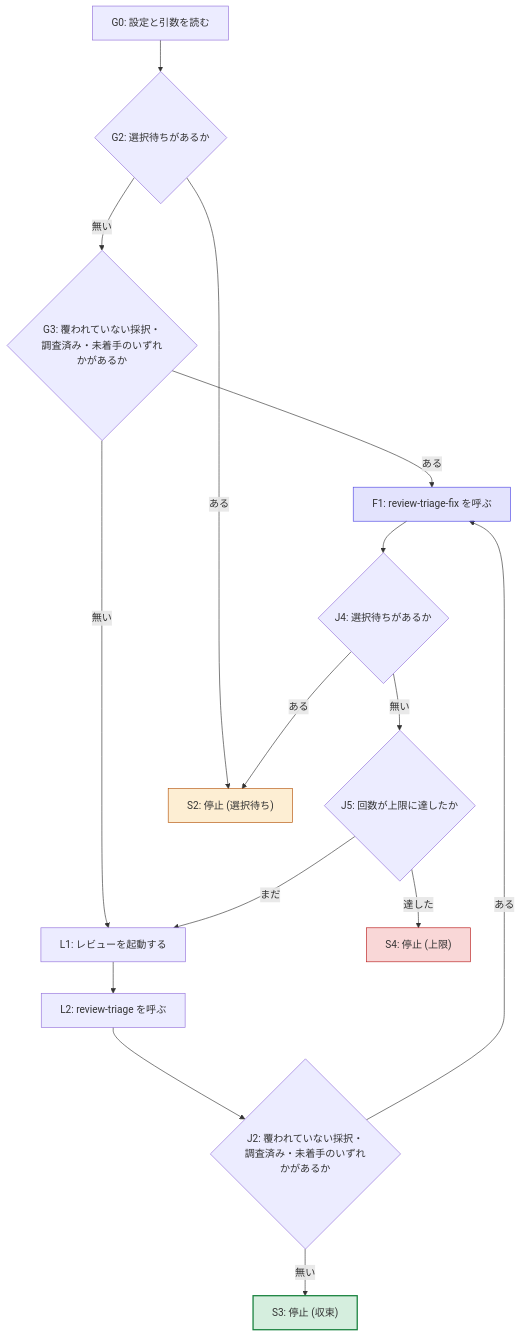
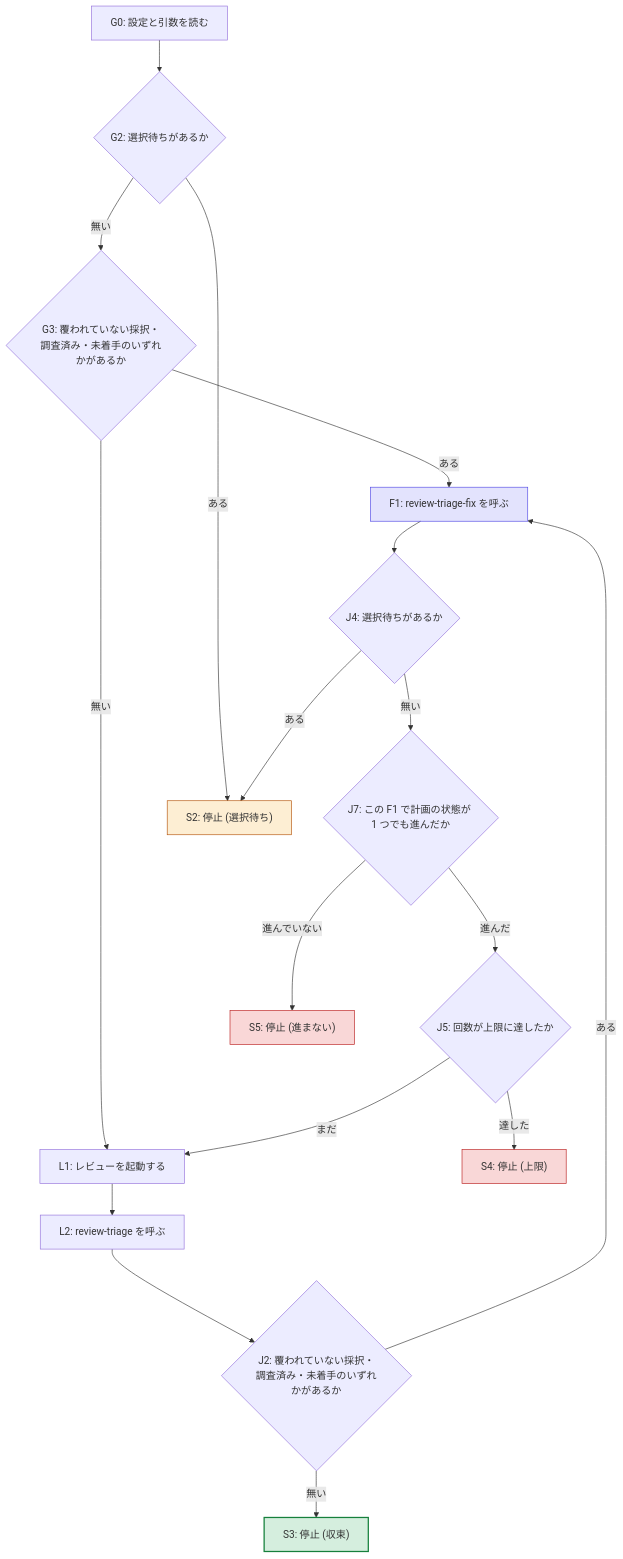
One commit to akm/claude-plugins changed the diagram in review-triage/skills/review-triage-loop/references/loop-flow.md. Above: the diagram before and after it, drawn with Mermaid. The commit also changed other lines of this file and 2 other files, not shown here.

Commit message:
✨ feat(review-triage-loop): 計画の状態が 1 つも進まない回で周回を止める
計画の未決事項のうち「段 3 が直せずに未着手のまま残った問題で、周回が
レビューと修正を上限まで繰り返すことを止めるか」を、止める側で決めた。
同じ記録から同じ呼び出しを繰り返しても、進まなかった理由 (段 3 が直せない・
関門が通らない) は周回の側では変わらず、上限まで費用と時間だけが増えるため。

状態機械に判定 J7 (この F1 で計画の状態が 1 つでも進んだか) と停止 S5
(進まない) を足した。J7 は F1 の前後の記録を比べて判定し、review-triage-fix
の報告の文面では判定しない。S5 の報告には、進まなかった問題と
review-triage-fix が報告した理由を出し、勝手に再開しないことを定めた。

Rules-Checked: yes

````diff
--- a/review-triage/skills/review-triage-loop/references/loop-flow.md
+++ b/review-triage/skills/review-triage-loop/references/loop-flow.md
@@ -19,35 +20,40 @@
 ```mermaid
 flowchart TD
   G0["G0: 設定と引数を読む"]
   G2{"G2: 選択待ちがあるか"}
   G3{"G3: 覆われていない採択・調査済み・未着手のいずれかがあるか"}
   L1["L1: レビューを起動する"]
   L2["L2: review-triage を呼ぶ"]
   J2{"J2: 覆われていない採択・調査済み・未着手のいずれかがあるか"}
   F1["F1: review-triage-fix を呼ぶ"]
   J4{"J4: 選択待ちがあるか"}
+  J7{"J7: この F1 で計画の状態が 1 つでも進んだか"}
   J5{"J5: 回数が上限に達したか"}
   S2["S2: 停止 (選択待ち)"]
   S3["S3: 停止 (収束)"]
   S4["S4: 停止 (上限)"]
+  S5["S5: 停止 (進まない)"]
 
   G0 --> G2
   G2 -- ある --> S2
   G2 -- 無い --> G3
   G3 -- ある --> F1
   G3 -- 無い --> L1
   L1 --> L2
   L2 --> J2
   J2 -- ある --> F1
   J2 -- 無い --> S3
   F1 --> J4
   J4 -- ある --> S2
-  J4 -- 無い --> J5
+  J4 -- 無い --> J7
+  J7 -- 進んでいない --> S5
+  J7 -- 進んだ --> J5
   J5 -- 達した --> S4
   J5 -- まだ --> L1
 
   style S2 fill:#f59e0b2e,stroke:#b45309
   style S3 fill:#16a34a2e,stroke:#16803c,stroke-width:2px
   style S4 fill:#dc26262e,stroke:#b91c1c
+  style S5 fill:#dc26262e,stroke:#b91c1c
   style F1 fill:#6366f12e,stroke:#4f46e5
 ```
````
